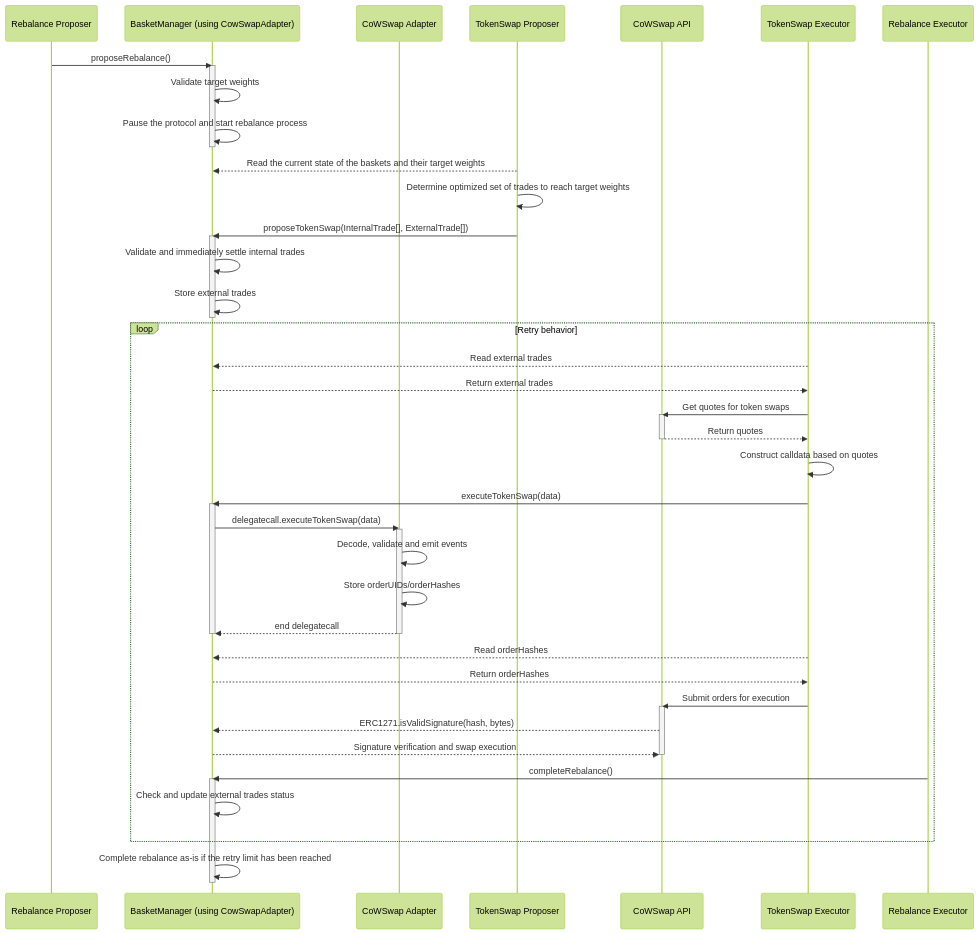
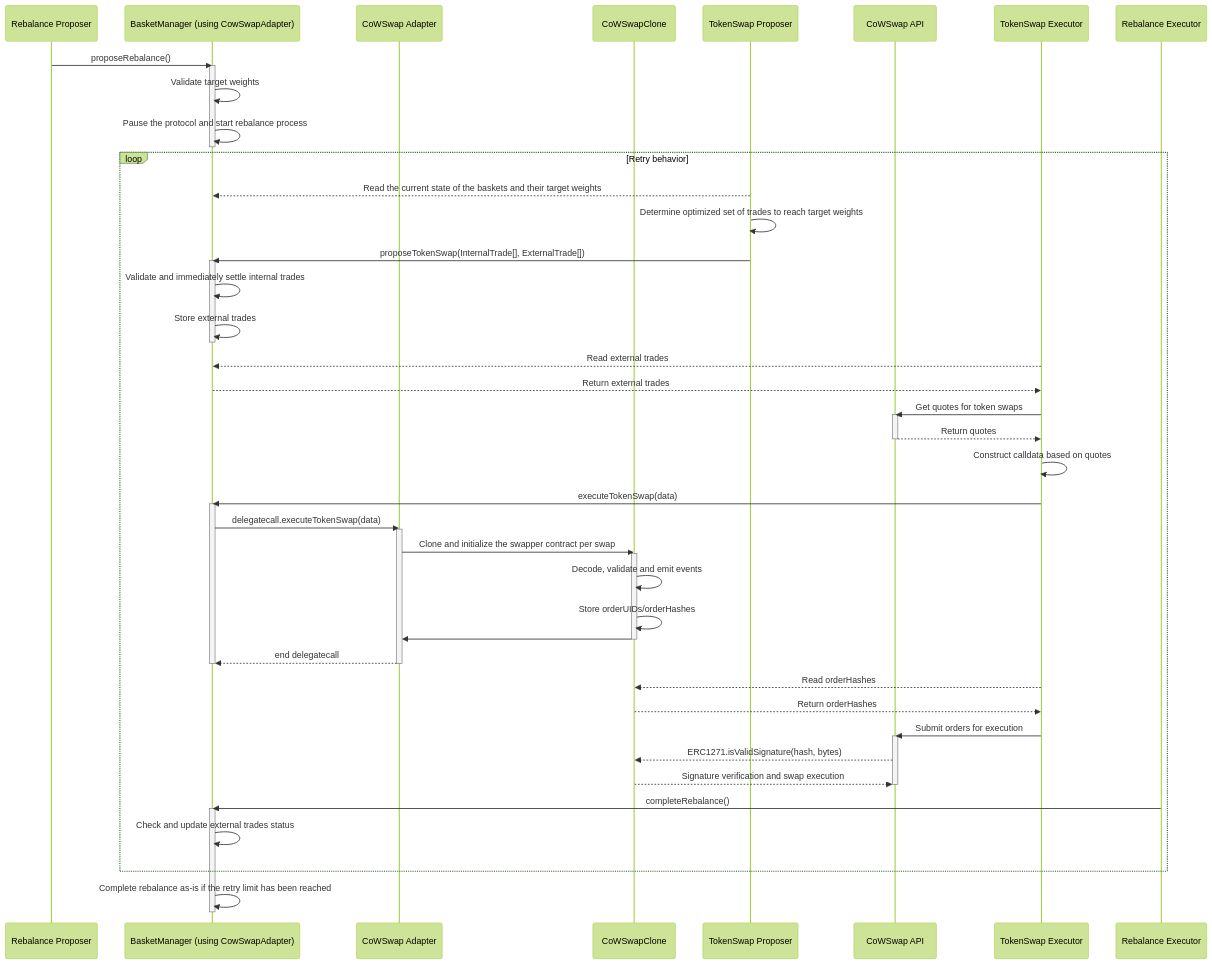
One commit to Storm-Labs-Inc/cove-docs-mintlify changed the third of 4 diagrams in technical/cove/rfc.mdx. Above: the diagram before and after it, drawn with Mermaid (forest theme).

Commit message:
fix: update the mermaid charts to reflect behavior (#6)

````diff
--- a/technical/cove/rfc.mdx
+++ b/technical/cove/rfc.mdx
@@ -317,65 +317,70 @@
 ```mermaid
 sequenceDiagram
     participant RebalanceProposer as Rebalance Proposer
     participant BasketManagerSC as BasketManager (using CowSwapAdapter)
     participant CoWSwapAdapter as CoWSwap Adapter
+    participant CoWSwapClone as CoWSwapClone
     participant TokenSwapProposer as TokenSwap Proposer
     participant CowSwapAPI as CoWSwap API
     participant TokenSwapExecutor as TokenSwap Executor
     participant RebalanceExecutor as Rebalance Executor
 
     %% Stage 1: Rebalance Proposal
     RebalanceProposer->>BasketManagerSC: proposeRebalance()
     activate BasketManagerSC
     BasketManagerSC->>BasketManagerSC: Validate target weights
     BasketManagerSC->>BasketManagerSC: Pause the protocol and start rebalance process
     deactivate BasketManagerSC
 
+    loop Retry behavior
     TokenSwapProposer-->>BasketManagerSC: Read the current state of the baskets and their target weights
     TokenSwapProposer->>TokenSwapProposer: Determine optimized set of trades to reach target weights
-
     TokenSwapProposer->>BasketManagerSC: proposeTokenSwap(InternalTrade[], ExternalTrade[])
     activate BasketManagerSC
     BasketManagerSC->>BasketManagerSC: Validate and immediately settle internal trades
     BasketManagerSC->>BasketManagerSC: Store external trades
     deactivate BasketManagerSC
 
     %% Stage 2: Token Swap Intent Proposal
-    loop Retry behavior
+
     TokenSwapExecutor-->>BasketManagerSC: Read external trades
     BasketManagerSC-->>TokenSwapExecutor: Return external trades
     TokenSwapExecutor->>CowSwapAPI: Get quotes for token swaps
     activate CowSwapAPI
     CowSwapAPI-->>TokenSwapExecutor: Return quotes
     deactivate CowSwapAPI
 
     TokenSwapExecutor->>TokenSwapExecutor: Construct calldata based on quotes
 
     TokenSwapExecutor->>BasketManagerSC: executeTokenSwap(data)
     activate BasketManagerSC
     BasketManagerSC->>CoWSwapAdapter: delegatecall.executeTokenSwap(data)
     activate CoWSwapAdapter
-    CoWSwapAdapter->>CoWSwapAdapter: Decode, validate and emit events
-    CoWSwapAdapter->>CoWSwapAdapter: Store orderUIDs/orderHashes
+    CoWSwapAdapter->>CoWSwapClone: Clone and initialize the swapper contract per swap
+    activate CoWSwapClone
+    CoWSwapClone->>CoWSwapClone: Decode, validate and emit events
+    CoWSwapClone->>CoWSwapClone: Store orderUIDs/orderHashes
+    CoWSwapClone->>CoWSwapAdapter: 
+    deactivate CoWSwapClone
     CoWSwapAdapter-->>BasketManagerSC: end delegatecall
     deactivate CoWSwapAdapter
     deactivate BasketManagerSC
 
     %% Stage 3: Token Swap Intent Execution
-    TokenSwapExecutor-->>BasketManagerSC: Read orderHashes
-    BasketManagerSC-->>TokenSwapExecutor: Return orderHashes
+    TokenSwapExecutor-->>CoWSwapClone: Read orderHashes
+    CoWSwapClone-->>TokenSwapExecutor: Return orderHashes
 
     TokenSwapExecutor->>CowSwapAPI: Submit orders for execution
     activate CowSwapAPI
-    CowSwapAPI-->>BasketManagerSC: ERC1271.isValidSignature(hash, bytes)
-    BasketManagerSC-->>CowSwapAPI: Signature verification and swap execution
+    CowSwapAPI-->>CoWSwapClone: ERC1271.isValidSignature(hash, bytes)
+    CoWSwapClone-->>CowSwapAPI: Signature verification and swap execution
     deactivate CowSwapAPI
 
     %% Stage 4: Complete Rebalance
     RebalanceExecutor->>BasketManagerSC: completeRebalance()
     activate BasketManagerSC
     BasketManagerSC->>BasketManagerSC: Check and update external trades status
     end
     BasketManagerSC->>BasketManagerSC: Complete rebalance as-is if the retry limit has been reached
     deactivate BasketManagerSC
 ```
````
